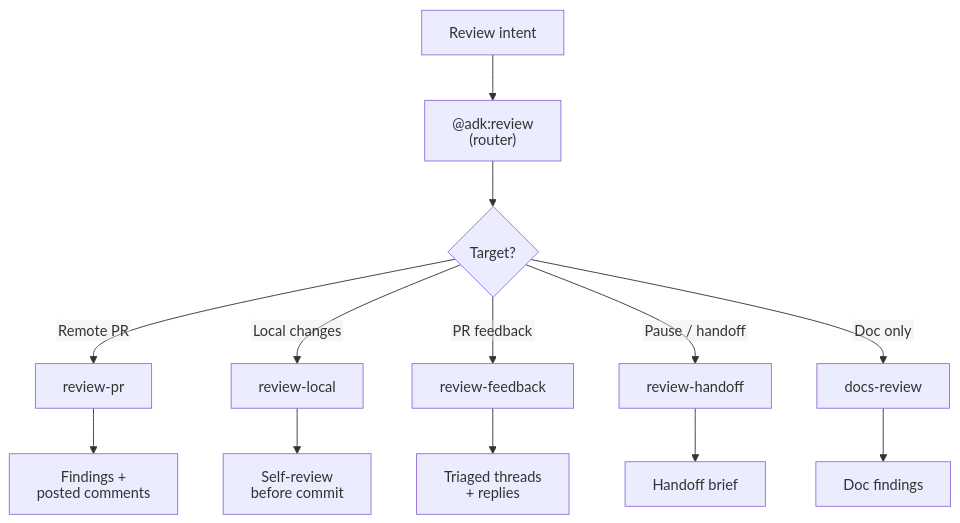
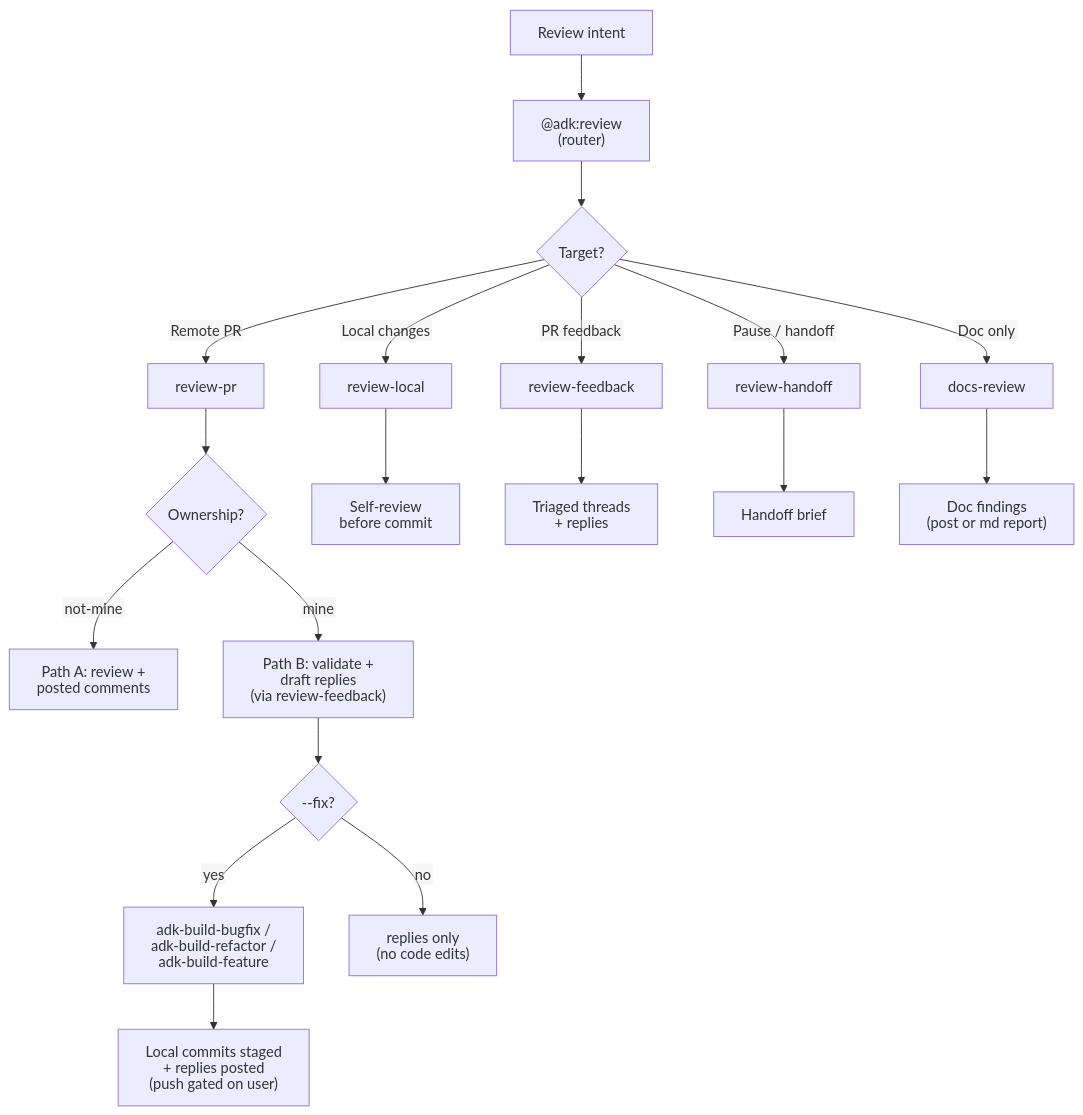
Before and after one commit to sujeet-pro/agents-devkit: the diagram in docs/guide/code-reviews/diagrams/review-routing.mermaid, drawn with Mermaid. The commit also changed 109 other files, not shown here.

```diff
--- a/docs/guide/code-reviews/diagrams/review-routing.mermaid
+++ b/docs/guide/code-reviews/diagrams/review-routing.mermaid
@@ -1,14 +1,20 @@
 %%{init: {'htmlLabels': false}}%%
 flowchart TD
   A["Review intent"] --> B["@adk:review\n(router)"]
   B --> C{"Target?"}
   C -- "Remote PR" --> D["review-pr"]
   C -- "Local changes" --> E["review-local"]
   C -- "PR feedback" --> F["review-feedback"]
   C -- "Pause / handoff" --> G["review-handoff"]
   C -- "Doc only" --> H["docs-review"]
-  D --> I["Findings +\nposted comments"]
+  D --> O{"Ownership?"}
+  O -- "not-mine" --> I["Path A: review +\nposted comments"]
+  O -- "mine" --> P["Path B: validate +\ndraft replies\n(via review-feedback)"]
+  P --> Q{"--fix?"}
+  Q -- "yes" --> R["adk-build-bugfix /\nadk-build-refactor /\nadk-build-feature"]
+  Q -- "no" --> S["replies only\n(no code edits)"]
+  R --> T["Local commits staged\n+ replies posted\n(push gated on user)"]
   E --> J["Self-review\nbefore commit"]
   F --> K["Triaged threads\n+ replies"]
   G --> L["Handoff brief"]
-  H --> M["Doc findings"]
+  H --> M["Doc findings\n(post or md report)"]
```
